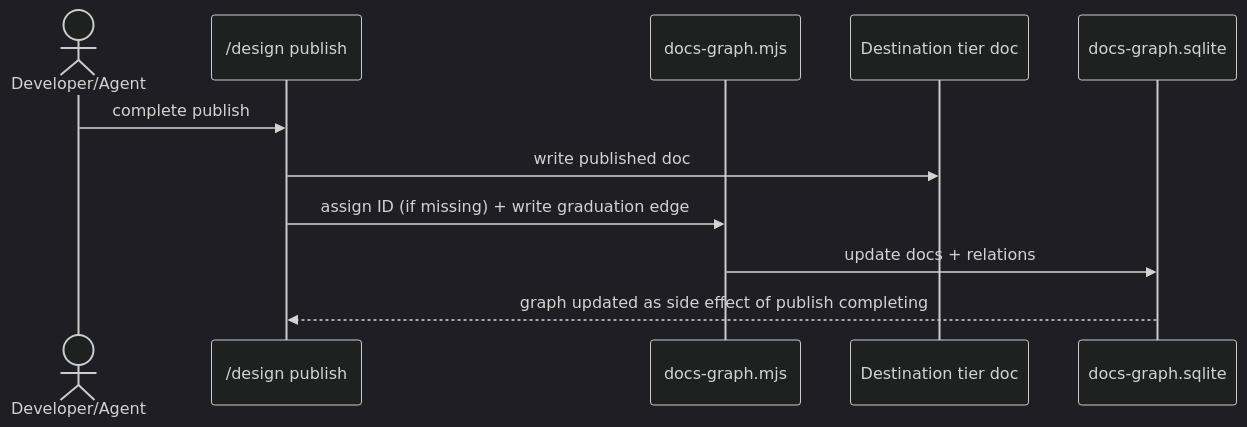
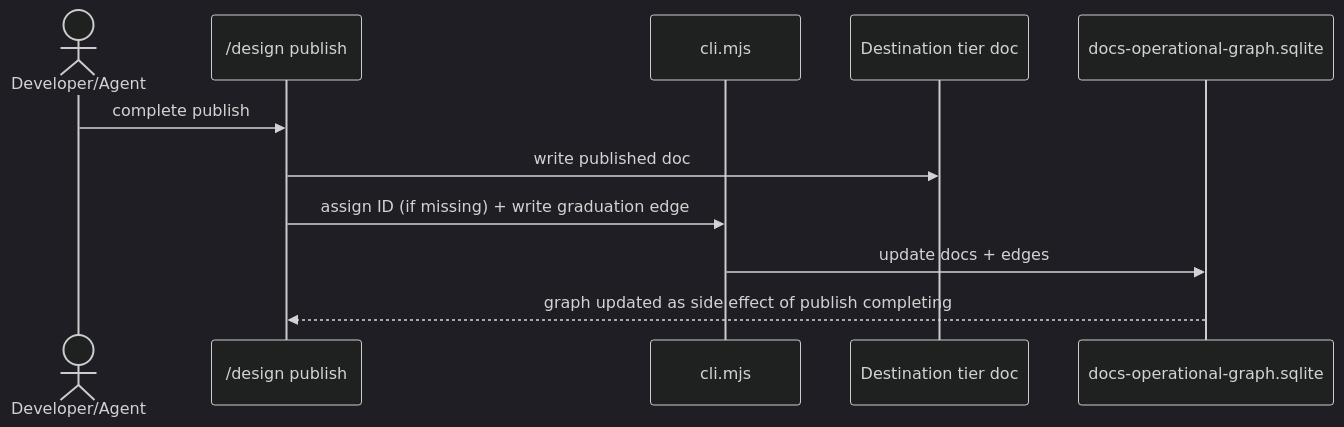
One commit to DataArt/artisyn-implementation-harness changed the fourth of 5 diagrams in docs/Harness/07 Knowledge Graph/01 Ops Model.md. Above: the diagram before and after it, drawn with Mermaid (dark theme). The commit also changed other lines of this file and 10 other files, not shown here.

Commit message:
docs(architecture): describe the operational graph's HLD/LLD/Harness boundary

````diff
--- a/docs/Harness/07 Knowledge Graph/01 Ops Model.md
+++ b/docs/Harness/07 Knowledge Graph/01 Ops Model.md
@@ -147,14 +157,14 @@
 ```mermaid
 sequenceDiagram
     actor Dev as Developer/Agent
     participant Pub as /design publish
-    participant Script as docs-graph.mjs
+    participant Script as cli.mjs
     participant Tier as Destination tier doc
-    participant DB as docs-graph.sqlite
+    participant DB as docs-operational-graph.sqlite
 
     Dev->>Pub: complete publish
     Pub->>Tier: write published doc
     Pub->>Script: assign ID (if missing) + write graduation edge
-    Script->>DB: update docs + relations
+    Script->>DB: update docs + edges
     DB-->>Pub: graph updated as side effect of publish completing
 ```
````
